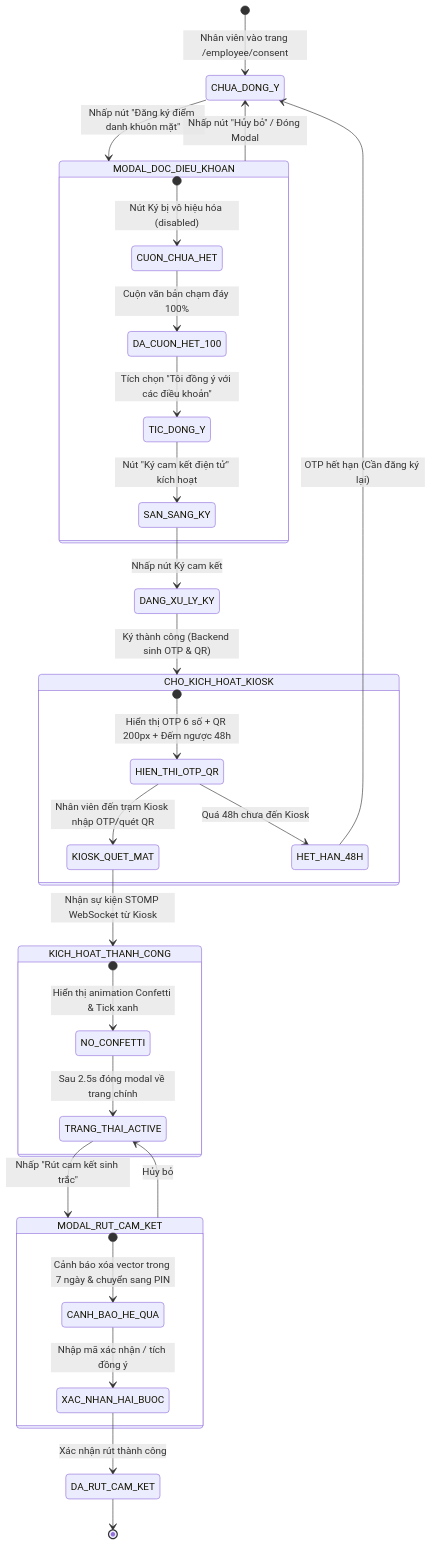
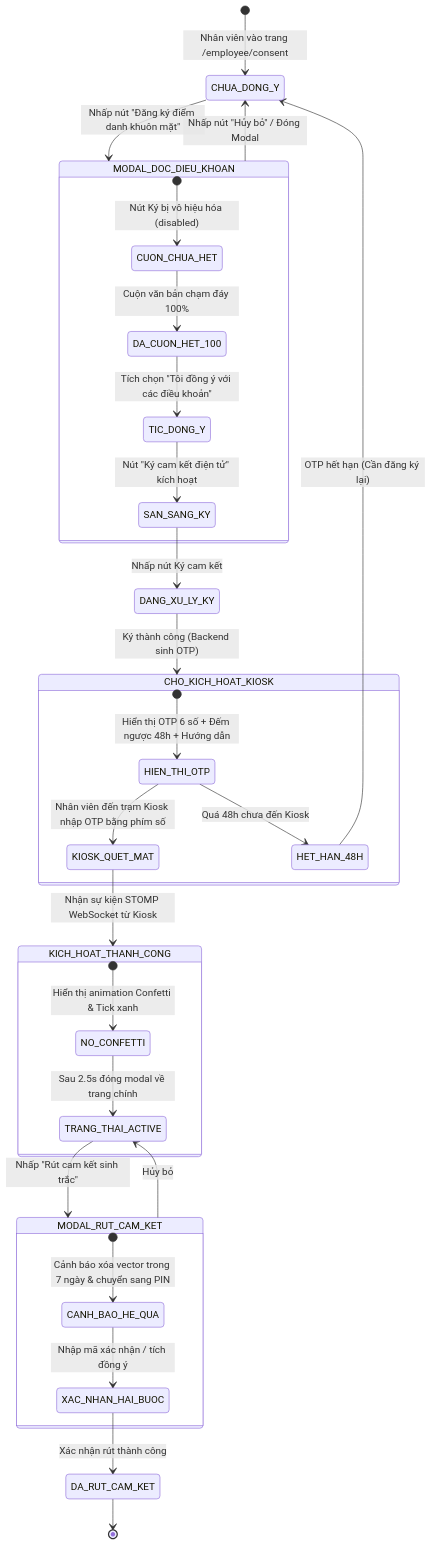
One commit to nvdung250405/face-attendance-system changed the third of 5 diagrams in docs/subsystem-docs/web-portal/specs/ui-ux.md. Above: the diagram before and after it, drawn with Mermaid. The commit also changed other lines of this file and 13 other files, not shown here.

````diff
--- a/docs/subsystem-docs/web-portal/specs/ui-ux.md
+++ b/docs/subsystem-docs/web-portal/specs/ui-ux.md
@@ -197,44 +197,44 @@
 ```mermaid
 stateDiagram-v2
     [*] --> CHUA_DONG_Y: Nhân viên vào trang /employee/consent
     
     CHUA_DONG_Y --> MODAL_DOC_DIEU_KHOAN: Nhấp nút "Đăng ký điểm danh khuôn mặt"
     
     state MODAL_DOC_DIEU_KHOAN {
         [*] --> CUON_CHUA_HET: Nút Ký bị vô hiệu hóa (disabled)
         CUON_CHUA_HET --> DA_CUON_HET_100: Cuộn văn bản chạm đáy 100%
         DA_CUON_HET_100 --> TIC_DONG_Y: Tích chọn "Tôi đồng ý với các điều khoản"
         TIC_DONG_Y --> SAN_SANG_KY: Nút "Ký cam kết điện tử" kích hoạt
     }
     
     MODAL_DOC_DIEU_KHOAN --> CHUA_DONG_Y: Nhấp nút "Hủy bỏ" / Đóng Modal
     
     SAN_SANG_KY --> DANG_XU_LY_KY: Nhấp nút Ký cam kết
-    DANG_XU_LY_KY --> CHO_KICH_HOAT_KIOSK: Ký thành công (Backend sinh OTP & QR)
+    DANG_XU_LY_KY --> CHO_KICH_HOAT_KIOSK: Ký thành công (Backend sinh OTP)
     
     state CHO_KICH_HOAT_KIOSK {
-        [*] --> HIEN_THI_OTP_QR: Hiển thị OTP 6 số + QR 200px + Đếm ngược 48h
-        HIEN_THI_OTP_QR --> KIOSK_QUET_MAT: Nhân viên đến trạm Kiosk nhập OTP/quét QR
-        HIEN_THI_OTP_QR --> HET_HAN_48H: Quá 48h chưa đến Kiosk
+        [*] --> HIEN_THI_OTP: Hiển thị OTP 6 số + Đếm ngược 48h + Hướng dẫn
+        HIEN_THI_OTP --> KIOSK_QUET_MAT: Nhân viên đến trạm Kiosk nhập OTP bằng phím số
+        HIEN_THI_OTP --> HET_HAN_48H: Quá 48h chưa đến Kiosk
     }
     
     HET_HAN_48H --> CHUA_DONG_Y: OTP hết hạn (Cần đăng ký lại)
     
     KIOSK_QUET_MAT --> KICH_HOAT_THANH_CONG: Nhận sự kiện STOMP WebSocket từ Kiosk
     
     state KICH_HOAT_THANH_CONG {
         [*] --> NO_CONFETTI: Hiển thị animation Confetti & Tick xanh
         NO_CONFETTI --> TRANG_THAI_ACTIVE: Sau 2.5s đóng modal về trang chính
     }
     
     TRANG_THAI_ACTIVE --> MODAL_RUT_CAM_KET: Nhấp "Rút cam kết sinh trắc"
     
     state MODAL_RUT_CAM_KET {
         [*] --> CANH_BAO_HE_QUA: Cảnh báo xóa vector trong 7 ngày & chuyển sang PIN
         CANH_BAO_HE_QUA --> XAC_NHAN_HAI_BUOC: Nhập mã xác nhận / tích đồng ý
     }
     
     MODAL_RUT_CAM_KET --> TRANG_THAI_ACTIVE: Hủy bỏ
     XAC_NHAN_HAI_BUOC --> DA_RUT_CAM_KET: Xác nhận rút thành công
     DA_RUT_CAM_KET --> [*]
 ```
````
